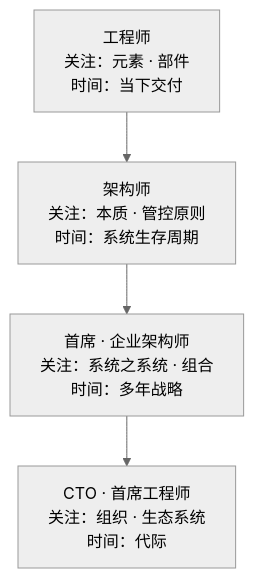
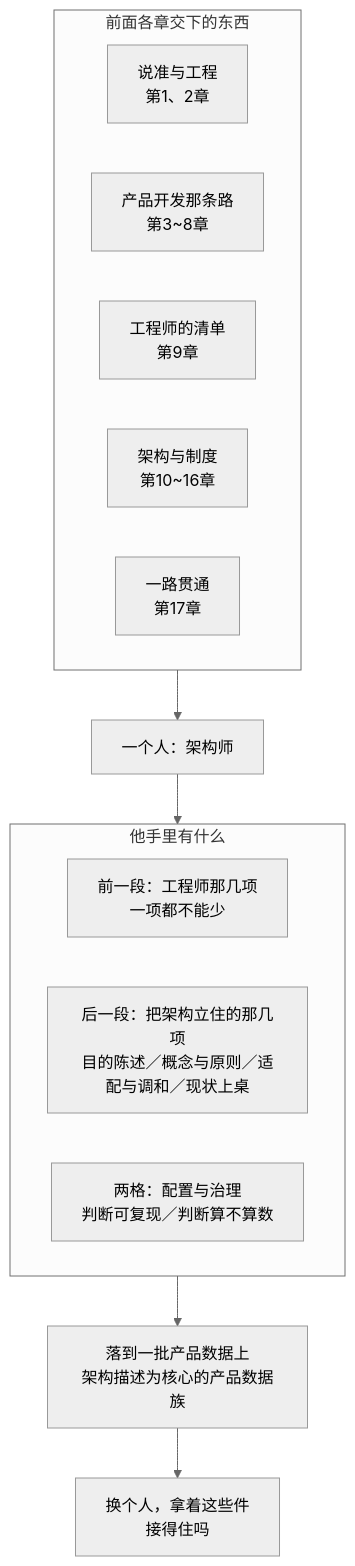
One commit to Yongjunzhou/AOS-system-design changed the diagram in 100-subprojects/01-系统工程研究/03-架构师是个怎样的物种/成书/build/.mmd/ch18-fig01.mmd. Above: the diagram before and after it, drawn with Mermaid (neutral theme). The commit also changed 61 other files, not shown here.

```diff
--- a/100-subprojects/01-系统工程研究/03-架构师是个怎样的物种/成书/build/.mmd/ch18-fig01.mmd
+++ b/100-subprojects/01-系统工程研究/03-架构师是个怎样的物种/成书/build/.mmd/ch18-fig01.mmd
@@ -1,4 +1,19 @@
-flowchart TD
-    E["工程师<br/>关注：元素 · 部件<br/>时间：当下交付"] --> A["架构师<br/>关注：本质 · 管控原则<br/>时间：系统生存周期"]
-    A --> CA["首席 · 企业架构师<br/>关注：系统之系统 · 组合<br/>时间：多年战略"]
-    CA --> CTO["CTO · 首席工程师<br/>关注：组织 · 生态系统<br/>时间：代际"]
+flowchart TB
+  subgraph IN["前面各章交下的东西"]
+    direction LR
+    A1["说准与工程<br/>第1、2章"]
+    A2["产品开发那条路<br/>第3~8章"]
+    A3["工程师的清单<br/>第9章"]
+    A4["架构与制度<br/>第10~16章"]
+    A5["一路贯通<br/>第17章"]
+  end
+  IN --> WHO["一个人：架构师"]
+  subgraph WHO2["他手里有什么"]
+    direction LR
+    L1["前一段：工程师那几项<br/>一项都不能少"]
+    L2["后一段：把架构立住的那几项<br/>目的陈述／概念与原则／适配与调和／现状上桌"]
+    L3["两格：配置与治理<br/>判断可复现／判断算不算数"]
+  end
+  WHO --> WHO2
+  WHO2 --> OUT["落到一批产品数据上<br/>架构描述为核心的产品数据族"]
+  OUT --> CHK["换个人，拿着这些件<br/>接得住吗"]
```
